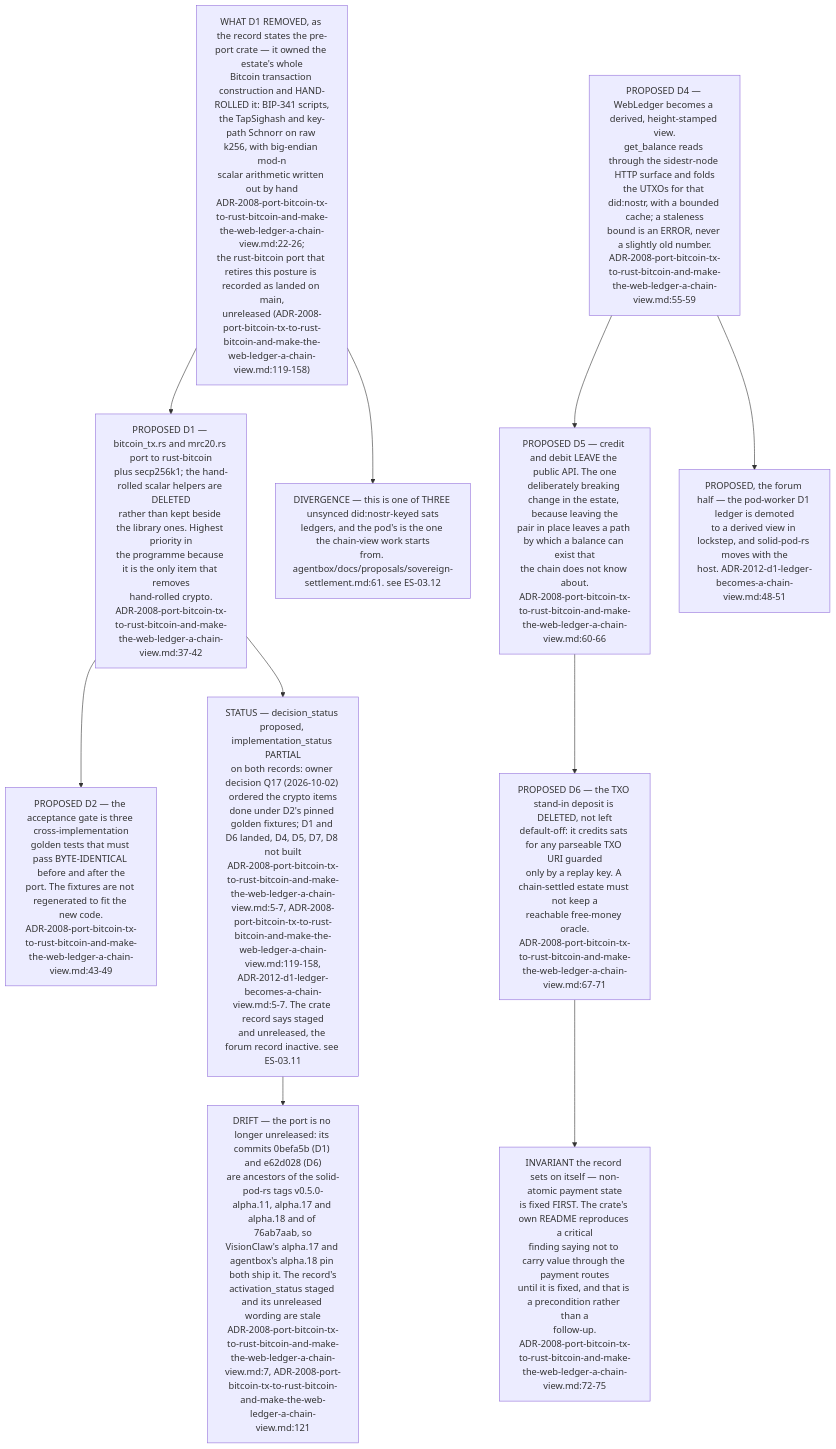
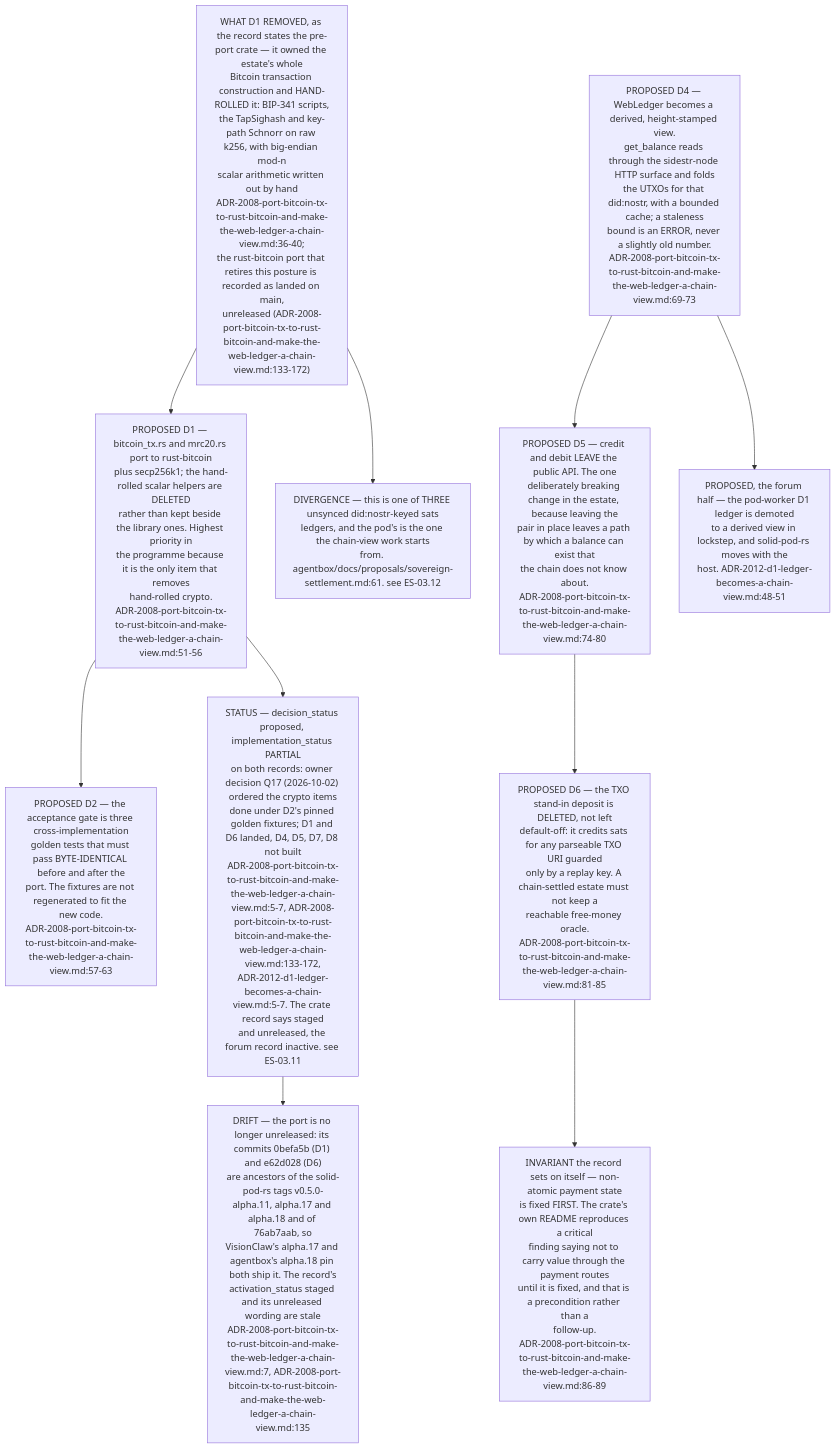
One commit to DreamLab-AI/VisionFlow changed diagram 12 of 13 in docs/diagrams/estate/08-solid-pod-estate.md. Above: the diagram before and after it, drawn with Mermaid. The commit also changed other lines of this file and 154 other files, not shown here.

First line of the commit message:
docs(diagrams): re-stamp 154 topics whose every citation still reads the same text at the current heads

````diff
--- a/docs/diagrams/estate/08-solid-pod-estate.md
+++ b/docs/diagrams/estate/08-solid-pod-estate.md
@@ -516,31 +516,31 @@
 ```mermaid
 flowchart TB
-    CRYPTO["WHAT D1 REMOVED, as the record states the pre-port crate — it owned the estate's whole<br/>Bitcoin transaction construction and HAND-ROLLED it: BIP-341 scripts,<br/>the TapSighash and key-path Schnorr on raw k256, with big-endian mod-n<br/>scalar arithmetic written out by hand<br/>ADR-2008-port-bitcoin-tx-to-rust-bitcoin-and-make-the-web-ledger-a-chain-view.md:22-26;<br/>the rust-bitcoin port that retires this posture is recorded as landed on main,<br/>unreleased (ADR-2008-port-bitcoin-tx-to-rust-bitcoin-and-make-the-web-ledger-a-chain-view.md:119-158)"]
+    CRYPTO["WHAT D1 REMOVED, as the record states the pre-port crate — it owned the estate's whole<br/>Bitcoin transaction construction and HAND-ROLLED it: BIP-341 scripts,<br/>the TapSighash and key-path Schnorr on raw k256, with big-endian mod-n<br/>scalar arithmetic written out by hand<br/>ADR-2008-port-bitcoin-tx-to-rust-bitcoin-and-make-the-web-ledger-a-chain-view.md:36-40;<br/>the rust-bitcoin port that retires this posture is recorded as landed on main,<br/>unreleased (ADR-2008-port-bitcoin-tx-to-rust-bitcoin-and-make-the-web-ledger-a-chain-view.md:133-172)"]
 
-    PORT["PROPOSED D1 — bitcoin_tx.rs and mrc20.rs port to rust-bitcoin<br/>plus secp256k1; the hand-rolled scalar helpers are DELETED<br/>rather than kept beside the library ones. Highest priority in<br/>the programme because it is the only item that removes<br/>hand-rolled crypto.<br/>ADR-2008-port-bitcoin-tx-to-rust-bitcoin-and-make-the-web-ledger-a-chain-view.md:37-42"]
+    PORT["PROPOSED D1 — bitcoin_tx.rs and mrc20.rs port to rust-bitcoin<br/>plus secp256k1; the hand-rolled scalar helpers are DELETED<br/>rather than kept beside the library ones. Highest priority in<br/>the programme because it is the only item that removes<br/>hand-rolled crypto.<br/>ADR-2008-port-bitcoin-tx-to-rust-bitcoin-and-make-the-web-ledger-a-chain-view.md:51-56"]
     CRYPTO --> PORT
 
-    GATE["PROPOSED D2 — the acceptance gate is three cross-implementation<br/>golden tests that must pass BYTE-IDENTICAL before and after the<br/>port. The fixtures are not regenerated to fit the new code.<br/>ADR-2008-port-bitcoin-tx-to-rust-bitcoin-and-make-the-web-ledger-a-chain-view.md:43-49"]
+    GATE["PROPOSED D2 — the acceptance gate is three cross-implementation<br/>golden tests that must pass BYTE-IDENTICAL before and after the<br/>port. The fixtures are not regenerated to fit the new code.<br/>ADR-2008-port-bitcoin-tx-to-rust-bitcoin-and-make-the-web-ledger-a-chain-view.md:57-63"]
     PORT --> GATE
 
-    VIEW["PROPOSED D4 — WebLedger becomes a derived, height-stamped view.<br/>get_balance reads through the sidestr-node HTTP surface and folds<br/>the UTXOs for that did:nostr, with a bounded cache; a staleness<br/>bound is an ERROR, never a slightly old number.<br/>ADR-2008-port-bitcoin-tx-to-rust-bitcoin-and-make-the-web-ledger-a-chain-view.md:55-59"]
-    API["PROPOSED D5 — credit and debit LEAVE the public API. The one<br/>deliberately breaking change in the estate, because leaving the<br/>pair in place leaves a path by which a balance can exist that<br/>the chain does not know about.<br/>ADR-2008-port-bitcoin-tx-to-rust-bitcoin-and-make-the-web-ledger-a-chain-view.md:60-66"]
+    VIEW["PROPOSED D4 — WebLedger becomes a derived, height-stamped view.<br/>get_balance reads through the sidestr-node HTTP surface and folds<br/>the UTXOs for that did:nostr, with a bounded cache; a staleness<br/>bound is an ERROR, never a slightly old number.<br/>ADR-2008-port-bitcoin-tx-to-rust-bitcoin-and-make-the-web-ledger-a-chain-view.md:69-73"]
+    API["PROPOSED D5 — credit and debit LEAVE the public API. The one<br/>deliberately breaking change in the estate, because leaving the<br/>pair in place leaves a path by which a balance can exist that<br/>the chain does not know about.<br/>ADR-2008-port-bitcoin-tx-to-rust-bitcoin-and-make-the-web-ledger-a-chain-view.md:74-80"]
     VIEW --> API
 
-    TXO["PROPOSED D6 — the TXO stand-in deposit is DELETED, not left<br/>default-off: it credits sats for any parseable TXO URI guarded<br/>only by a replay key. A chain-settled estate must not keep a<br/>reachable free-money oracle.<br/>ADR-2008-port-bitcoin-tx-to-rust-bitcoin-and-make-the-web-ledger-a-chain-view.md:67-71"]
+    TXO["PROPOSED D6 — the TXO stand-in deposit is DELETED, not left<br/>default-off: it credits sats for any parseable TXO URI guarded<br/>only by a replay key. A chain-settled estate must not keep a<br/>reachable free-money oracle.<br/>ADR-2008-port-bitcoin-tx-to-rust-bitcoin-and-make-the-web-ledger-a-chain-view.md:81-85"]
     API --> TXO
 
     FORUM["PROPOSED, the forum half — the pod-worker D1 ledger is demoted<br/>to a derived view in lockstep, and solid-pod-rs moves with the<br/>host. ADR-2012-d1-ledger-becomes-a-chain-view.md:48-51"]
     VIEW --> FORUM
 
-    PRE["INVARIANT the record sets on itself — non-atomic payment state<br/>is fixed FIRST. The crate's own README reproduces a critical<br/>finding saying not to carry value through the payment routes<br/>until it is fixed, and that is a precondition rather than a<br/>follow-up.<br/>ADR-2008-port-bitcoin-tx-to-rust-bitcoin-and-make-the-web-ledger-a-chain-view.md:72-75"]
+    PRE["INVARIANT the record sets on itself — non-atomic payment state<br/>is fixed FIRST. The crate's own README reproduces a critical<br/>finding saying not to carry value through the payment routes<br/>until it is fixed, and that is a precondition rather than a<br/>follow-up.<br/>ADR-2008-port-bitcoin-tx-to-rust-bitcoin-and-make-the-web-ledger-a-chain-view.md:86-89"]
     TXO --> PRE
 
-    NOTLIVE["STATUS — decision_status proposed, implementation_status PARTIAL<br/>on both records: owner decision Q17 (2026-10-02) ordered the crypto items<br/>done under D2's pinned golden fixtures; D1 and D6 landed, D4, D5, D7, D8 not built<br/>ADR-2008-port-bitcoin-tx-to-rust-bitcoin-and-make-the-web-ledger-a-chain-view.md:5-7, ADR-2008-port-bitcoin-tx-to-rust-bitcoin-and-make-the-web-ledger-a-chain-view.md:119-158,<br/>ADR-2012-d1-ledger-becomes-a-chain-view.md:5-7. The crate record says staged<br/>and unreleased, the forum record inactive. see ES-03.11"]
-    DRIFT["DRIFT — the port is no longer unreleased: its commits 0befa5b (D1) and e62d028 (D6)<br/>are ancestors of the solid-pod-rs tags v0.5.0-alpha.11, alpha.17 and alpha.18 and of 76ab7aab, so<br/>VisionClaw's alpha.17 and agentbox's alpha.18 pin both ship it. The record's<br/>activation_status staged and its unreleased wording are stale<br/>ADR-2008-port-bitcoin-tx-to-rust-bitcoin-and-make-the-web-ledger-a-chain-view.md:7, ADR-2008-port-bitcoin-tx-to-rust-bitcoin-and-make-the-web-ledger-a-chain-view.md:121"]
+    NOTLIVE["STATUS — decision_status proposed, implementation_status PARTIAL<br/>on both records: owner decision Q17 (2026-10-02) ordered the crypto items<br/>done under D2's pinned golden fixtures; D1 and D6 landed, D4, D5, D7, D8 not built<br/>ADR-2008-port-bitcoin-tx-to-rust-bitcoin-and-make-the-web-ledger-a-chain-view.md:5-7, ADR-2008-port-bitcoin-tx-to-rust-bitcoin-and-make-the-web-ledger-a-chain-view.md:133-172,<br/>ADR-2012-d1-ledger-becomes-a-chain-view.md:5-7. The crate record says staged<br/>and unreleased, the forum record inactive. see ES-03.11"]
+    DRIFT["DRIFT — the port is no longer unreleased: its commits 0befa5b (D1) and e62d028 (D6)<br/>are ancestors of the solid-pod-rs tags v0.5.0-alpha.11, alpha.17 and alpha.18 and of 76ab7aab, so<br/>VisionClaw's alpha.17 and agentbox's alpha.18 pin both ship it. The record's<br/>activation_status staged and its unreleased wording are stale<br/>ADR-2008-port-bitcoin-tx-to-rust-bitcoin-and-make-the-web-ledger-a-chain-view.md:7, ADR-2008-port-bitcoin-tx-to-rust-bitcoin-and-make-the-web-ledger-a-chain-view.md:135"]
     NOTLIVE --> DRIFT
     PORT --> NOTLIVE
 
     THREE["DIVERGENCE — this is one of THREE unsynced did:nostr-keyed sats<br/>ledgers, and the pod's is the one the chain-view work starts<br/>from. agentbox/docs/proposals/sovereign-settlement.md:61. see ES-03.12"]
     CRYPTO --> THREE
 ```
````
